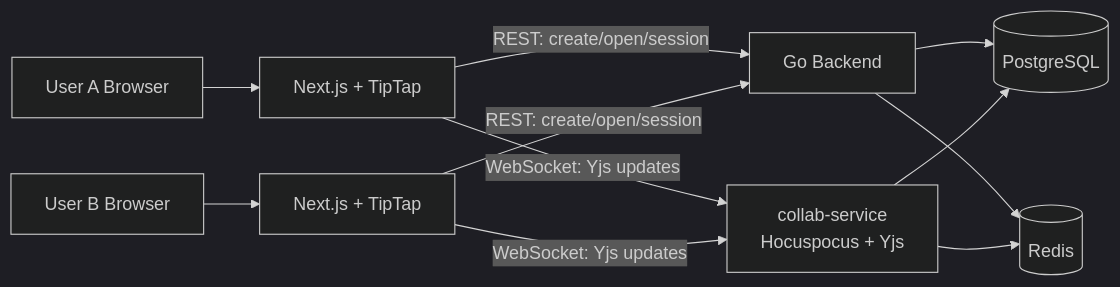
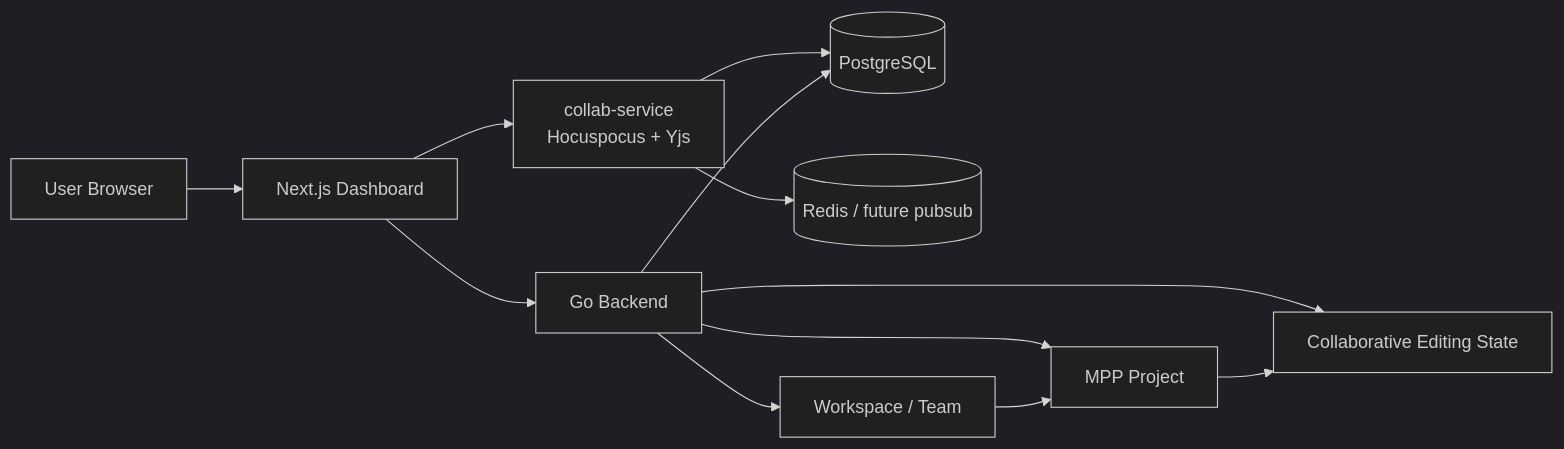
One commit to KurodaKayn/MPP changed the first of 2 diagrams in doc/plan/team-collaboration-system-architecture-plan.md. Above: the diagram before and after it, drawn with Mermaid (dark theme). The commit also changed other lines of this file, not shown here.

First line of the commit message:
docs(collab): reframe plan around workspace teams

````diff
--- a/doc/plan/team-collaboration-system-architecture-plan.md
+++ b/doc/plan/team-collaboration-system-architecture-plan.md
@@ -36,17 +102,16 @@
 ```mermaid
 flowchart LR
-  UserA["User A Browser"] --> FrontendA["Next.js + TipTap"]
-  UserB["User B Browser"] --> FrontendB["Next.js + TipTap"]
+  User["User Browser"] --> FE["Next.js Dashboard"]
+  FE --> BE["Go Backend"]
+  FE --> CS["collab-service<br/>Hocuspocus + Yjs"]
 
-  FrontendA -->|REST: create/open/session| Backend["Go Backend"]
-  FrontendB -->|REST: create/open/session| Backend
+  BE --> PG[("PostgreSQL")]
+  CS --> PG
+  CS --> Redis[("Redis / future pubsub")]
 
-  FrontendA -->|WebSocket: Yjs updates| Collab["collab-service<br/>Hocuspocus + Yjs"]
-  FrontendB -->|WebSocket: Yjs updates| Collab
-
-  Backend --> Pg[("PostgreSQL")]
-  Backend --> Redis[("Redis")]
-
-  Collab --> Pg
-  Collab --> Redis
+  Workspace["Workspace / Team"] --> Project["MPP Project"]
+  Project --> CollabDoc["Collaborative Editing State"]
+  BE --> Workspace
+  BE --> Project
+  BE --> CollabDoc
 ```
````
